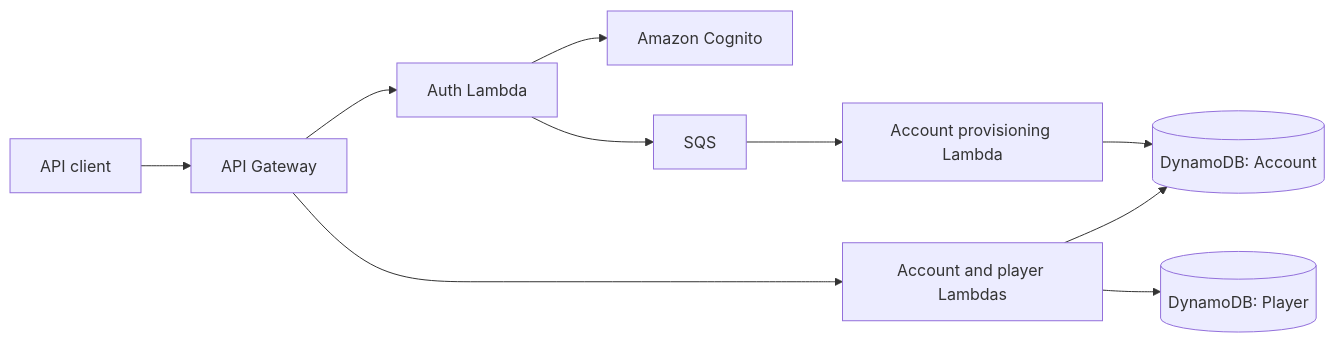
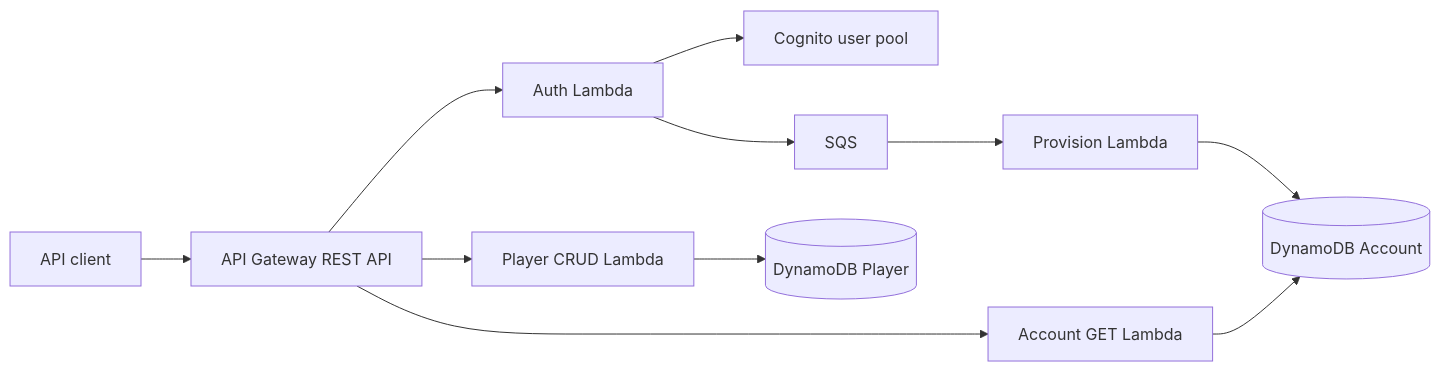
Before and after one commit to ryjen/janus-api: the diagram in README.md, drawn with Mermaid. The commit also changed other lines of this file and 14 other files, not shown here.

````diff
--- a/README.md
+++ b/README.md
@@ -9,12 +9,13 @@
 ```mermaid
 flowchart LR
-    Client[API client] --> APIGW[API Gateway]
-    APIGW --> Auth[Auth Lambda]
-    Auth --> Cognito[Amazon Cognito]
+    Client[API client] --> API[API Gateway REST API]
+    API --> Auth[Auth Lambda]
+    API --> Account[Account GET Lambda]
+    API --> Player[Player CRUD Lambda]
+    Auth --> Cognito[Cognito user pool]
     Auth --> Queue[SQS]
-    Queue --> Provision[Account provisioning Lambda]
-    Provision --> Account[(DynamoDB: Account)]
-    APIGW --> Records[Account and player Lambdas]
-    Records --> Account
-    Records --> Player[(DynamoDB: Player)]
+    Queue --> Provision[Provision Lambda]
+    Provision --> AccountDB[(DynamoDB Account)]
+    Account --> AccountDB
+    Player --> PlayerDB[(DynamoDB Player)]
 ```
````
